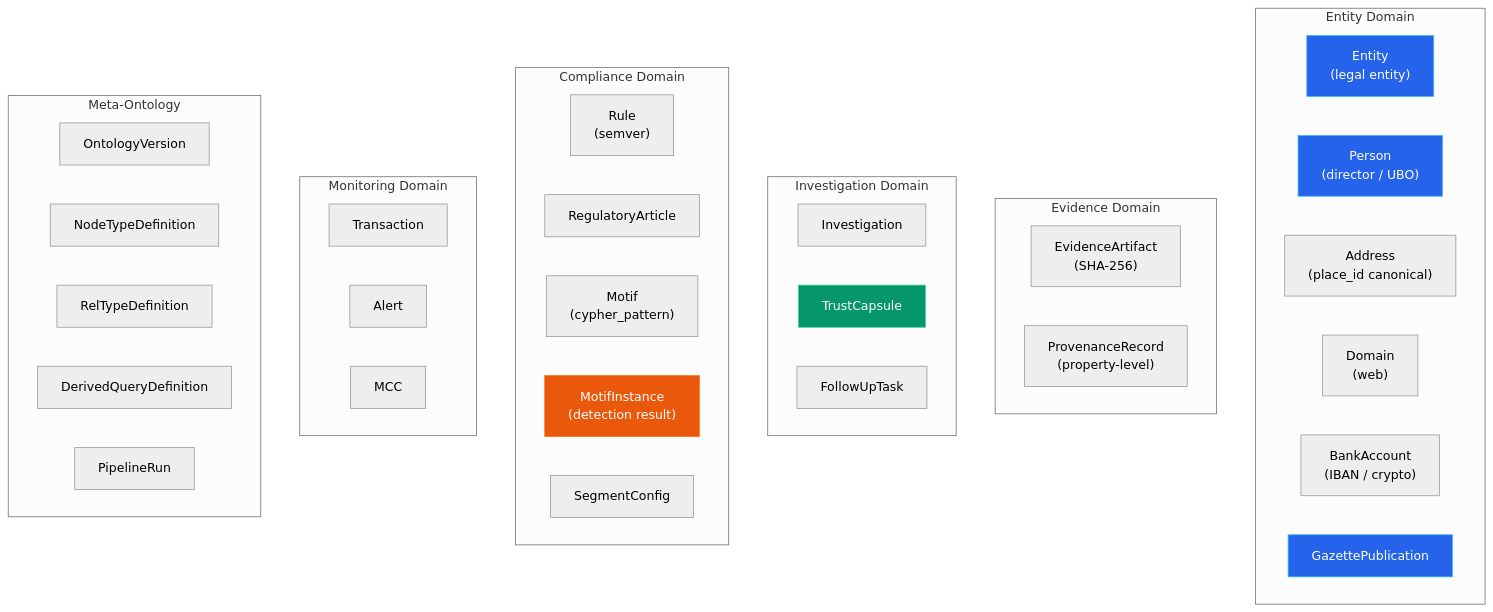
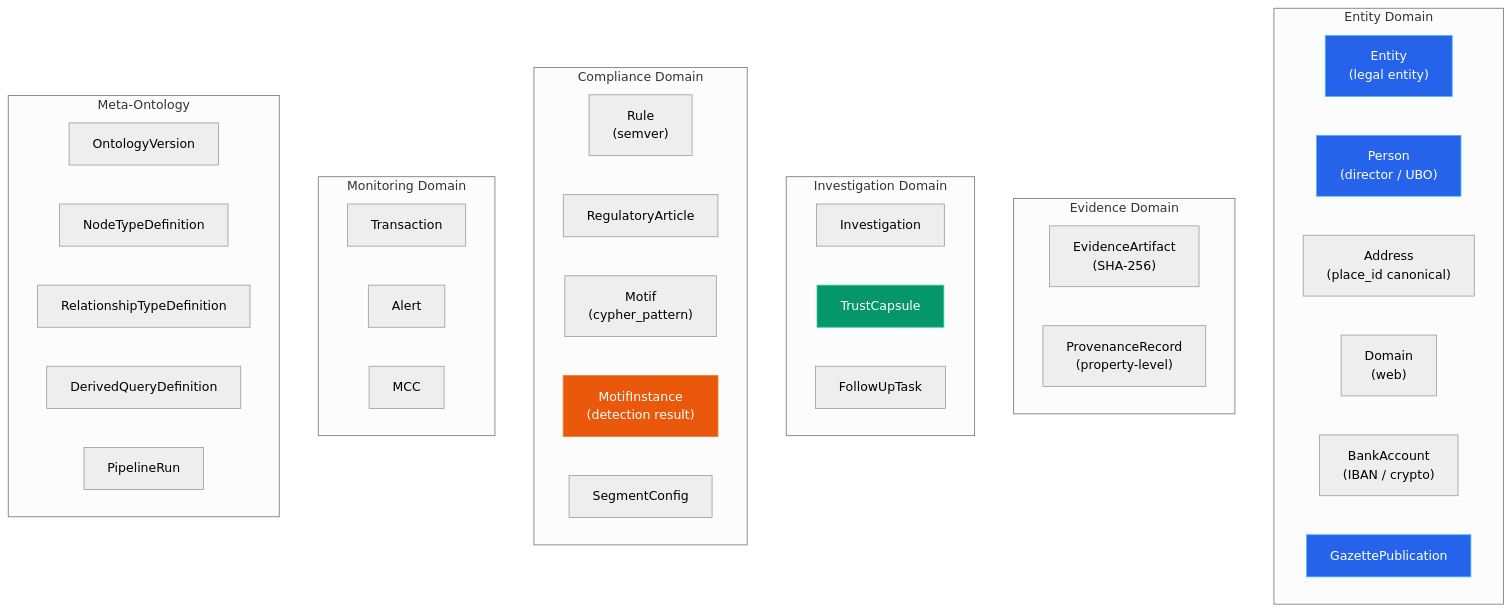
The third of 3 diagrams in docs/architecture/knowledge-graph.md (Tsunami-max/trust-relay-docs), drawn with Mermaid (neutral theme) before and after one commit. The commit also changed other lines of this file and 177 other files, not shown here.

````diff
--- a/docs/architecture/knowledge-graph.md
+++ b/docs/architecture/knowledge-graph.md
@@ -231,50 +251,50 @@
 ```mermaid
 graph TD
     subgraph Entity["Entity Domain"]
         E["Entity<br/>(legal entity)"]
         P["Person<br/>(director / UBO)"]
         A["Address<br/>(place_id canonical)"]
         D["Domain<br/>(web)"]
         BA["BankAccount<br/>(IBAN / crypto)"]
         GP["GazettePublication"]
     end
 
     subgraph Evidence["Evidence Domain"]
         EA["EvidenceArtifact<br/>(SHA-256)"]
         PR["ProvenanceRecord<br/>(property-level)"]
     end
 
     subgraph Investigation["Investigation Domain"]
         INV["Investigation"]
         TC["TrustCapsule"]
         FT["FollowUpTask"]
     end
 
     subgraph Compliance["Compliance Domain"]
         R["Rule<br/>(semver)"]
         RA["RegulatoryArticle"]
         M["Motif<br/>(cypher_pattern)"]
         MI["MotifInstance<br/>(detection result)"]
         SC["SegmentConfig"]
     end
 
     subgraph Monitoring["Monitoring Domain"]
         TX["Transaction"]
         AL["Alert"]
         MCC["MCC"]
     end
 
     subgraph Meta["Meta-Ontology"]
         OV["OntologyVersion"]
         NTD["NodeTypeDefinition"]
-        RTD["RelTypeDefinition"]
+        RTD["RelationshipTypeDefinition"]
         DQD["DerivedQueryDefinition"]
         PLR["PipelineRun"]
     end
 
     style E fill:#2563eb,stroke:#38bdf8,color:#fff
     style P fill:#2563eb,stroke:#38bdf8,color:#fff
     style GP fill:#2563eb,stroke:#38bdf8,color:#fff
     style MI fill:#ea580c,stroke:#f97316,color:#fff
     style TC fill:#059669,stroke:#34d399,color:#fff
 ```
````
